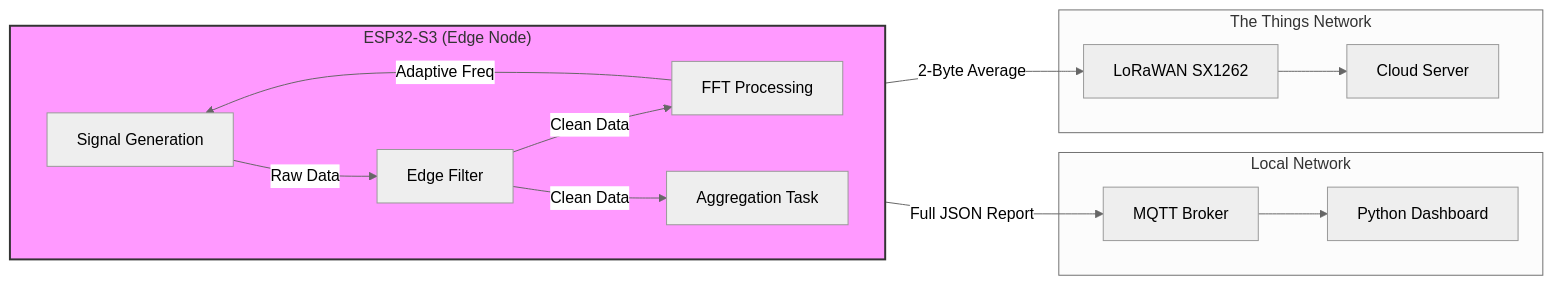
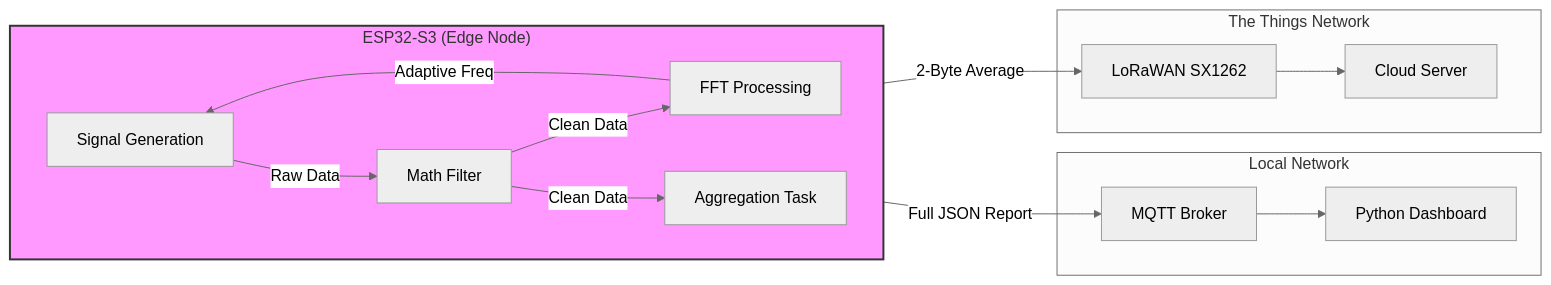
The first of 4 diagrams in README.md (darked0/IoT_assignment), drawn with Mermaid (neutral theme) before and after one commit. The commit also changed other lines of this file, not shown here.

````diff
--- a/README.md
+++ b/README.md
@@ -5,24 +5,24 @@
 ```mermaid
 graph LR
     subgraph ESP32["ESP32-S3 (Edge Node)"]
         direction LR
-        SG[Signal Generation] -->|Raw Data| FLT[Edge Filter]
+        SG[Signal Generation] -->|Raw Data| FLT[Math Filter]
         FLT -->|Clean Data| FFT[FFT Processing]
         FFT -->|Adaptive Freq| SG
         FLT -->|Clean Data| AGG[Aggregation Task]
     end
 
     subgraph Local["Local Network"]
         MQTT[MQTT Broker] --> DASH[Python Dashboard]
     end
 
     subgraph Cloud["The Things Network"]
         LORA[LoRaWAN SX1262] --> TTN[Cloud Server]
     end
 
     AGG -->|Full JSON Report| MQTT
     AGG -->|2-Byte Average| LORA
 
     classDef edge fill:#f9f,stroke:#333,stroke-width:2px;
     class ESP32 edge;
 ```
````
